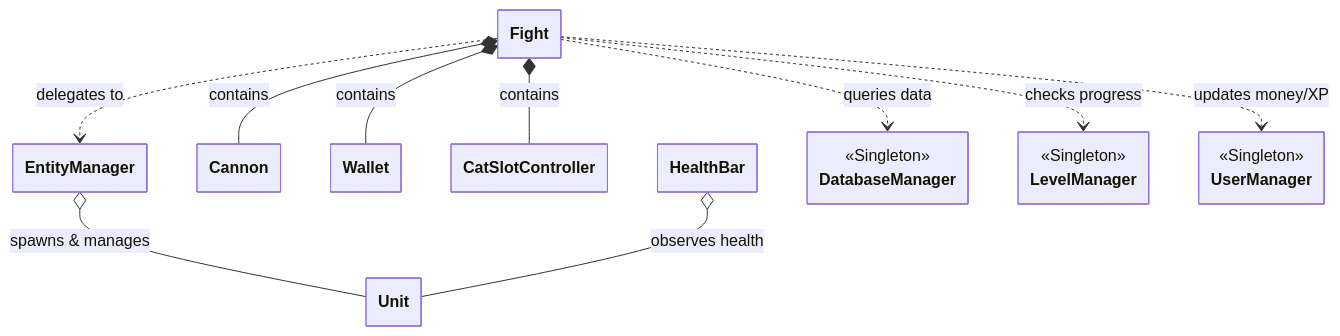
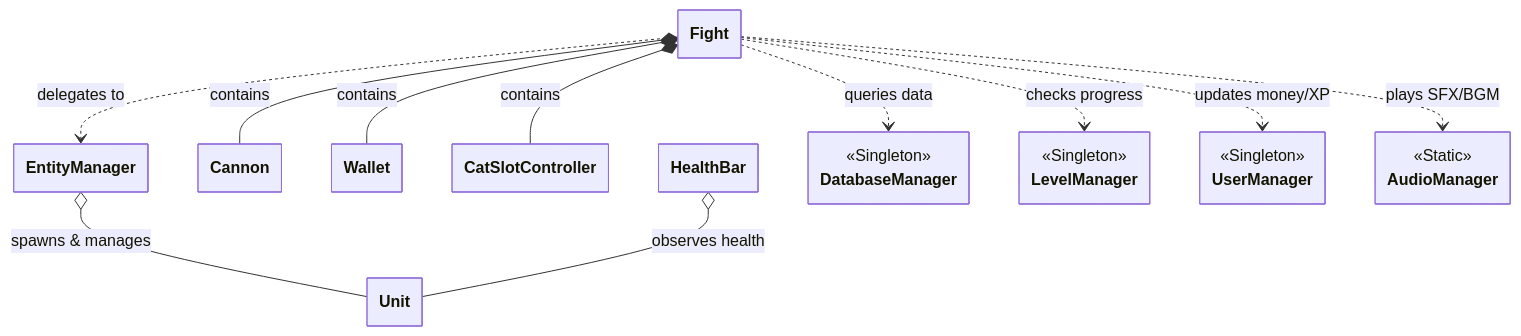
The third of 3 diagrams in 2026OOPL_FinalReport.md (Kaze-Lin/the_battle_cats), drawn with Mermaid before and after one commit. The commit also changed other lines of this file and 39 other files, not shown here.

````diff
--- a/2026OOPL_FinalReport.md
+++ b/2026OOPL_FinalReport.md
@@ -139,28 +141,30 @@
 ```mermaid
 %%{init: {"class": {"hideEmptyMembersBox": true}}}%%
 classDiagram
     %% Combat Systems & Managers
     class Fight
     class EntityManager
     class Unit
     class Cannon
     class Wallet
     class CatSlotController
     class HealthBar
 
     class DatabaseManager { <<Singleton>> }
     class LevelManager { <<Singleton>> }
     class UserManager { <<Singleton>> }
+    class AudioManager { <<Static>> }
 
     Fight *-- Wallet : contains
     Fight *-- Cannon : contains
     Fight *-- CatSlotController : contains
     Fight ..> EntityManager : delegates to
     
     EntityManager o-- Unit : spawns & manages
     HealthBar o-- Unit : observes health
     
     Fight ..> DatabaseManager : queries data
     Fight ..> LevelManager : checks progress
     Fight ..> UserManager : updates money/XP
+    Fight ..> AudioManager : plays SFX/BGM
 ```
````
